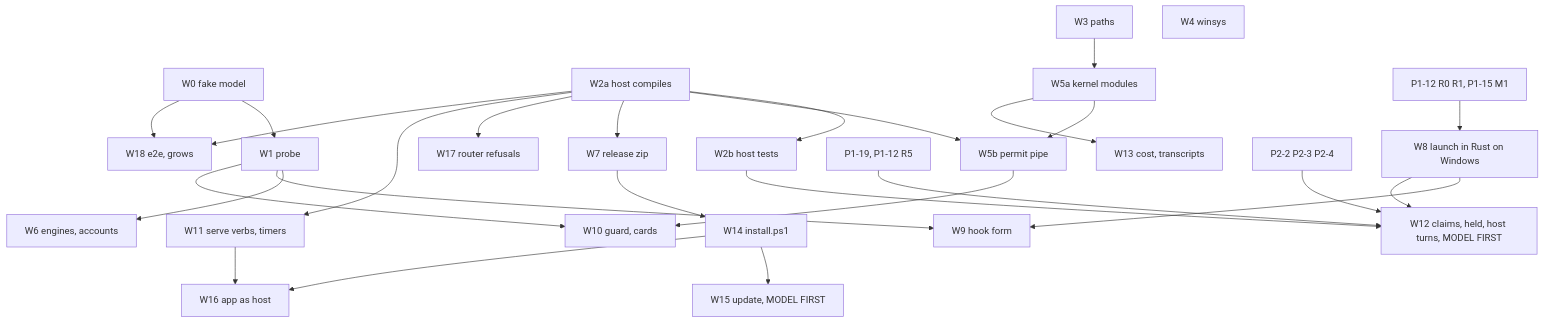
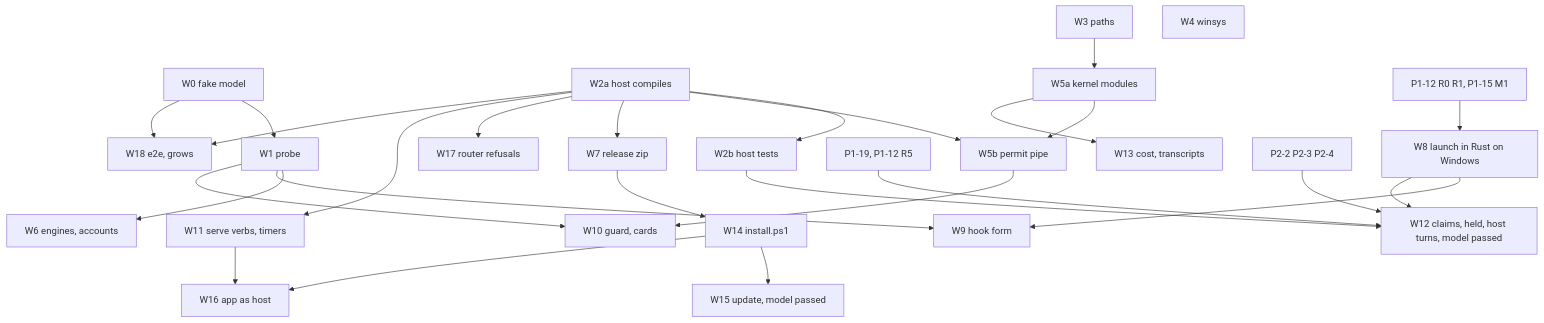
One commit to Ying-Kai-Liao/kith changed the second of 2 diagrams in docs/plans/windows-owner.md. Above: the diagram before and after it, drawn with Mermaid. The commit also changed other lines of this file, not shown here.

Commit message:
Re-sync the Windows owner plan: W12 and W15 models passed, D2 prune, W14 trampoline

````diff
--- a/docs/plans/windows-owner.md
+++ b/docs/plans/windows-owner.md
@@ -490,29 +546,29 @@
 ```mermaid
 flowchart TD
   W0[W0 fake model] --> W1[W1 probe]
   W2a[W2a host compiles] --> W2b[W2b host tests]
   W3[W3 paths] --> W5a[W5a kernel modules]
   W4[W4 winsys]
   W2a --> W5b[W5b permit pipe]
   W5a --> W5b
   W1 --> W6[W6 engines, accounts]
   W2a --> W7[W7 release zip]
   W2a --> W17[W17 router refusals]
   P112a[P1-12 R0 R1, P1-15 M1] --> W8[W8 launch in Rust on Windows]
   W1 --> W9[W9 hook form]
   W8 --> W9
   W1 --> W10[W10 guard, cards]
   W5b --> W10
   W2a --> W11[W11 serve verbs, timers]
-  P119[P1-19, P1-12 R5] --> W12[W12 claims, held, host turns, MODEL FIRST]
+  P119[P1-19, P1-12 R5] --> W12[W12 claims, held, host turns, model passed]
   W2b --> W12
   W8 --> W12
   W5a --> W13[W13 cost, transcripts]
   W7 --> W14[W14 install.ps1]
-  W14 --> W15[W15 update, MODEL FIRST]
+  W14 --> W15[W15 update, model passed]
   W14 --> W16[W16 app as host]
   W11 --> W16
   W0 --> W18[W18 e2e, grows]
   W2a --> W18
   P2[P2-2 P2-3 P2-4] --> W12
 ```
````
